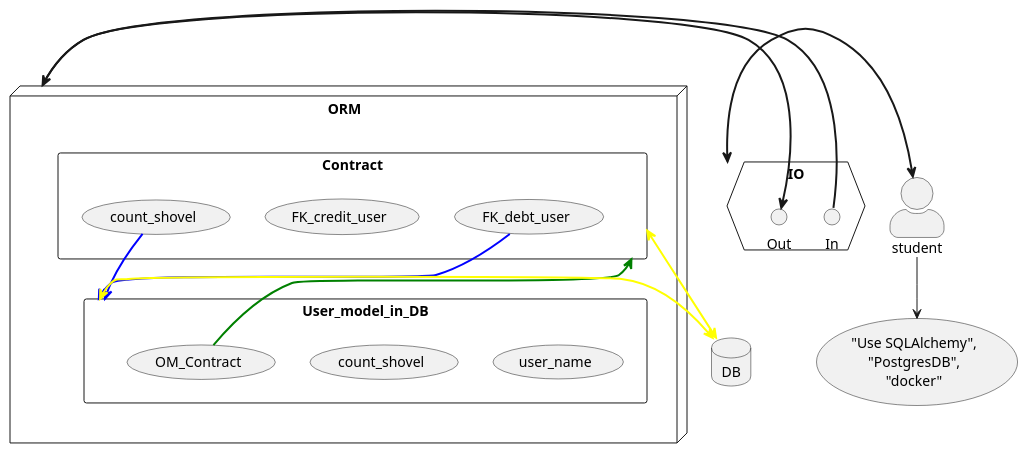
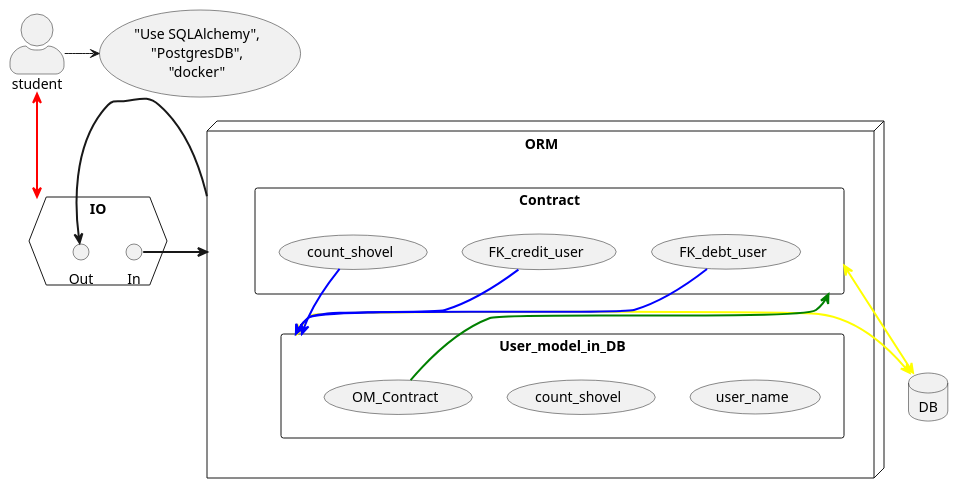
One commit to KonstantinLjapin/samples_and_tests changed the diagram in simpls/plantuml/tsk_d.puml. Above: the diagram before and after it, drawn with PlantUML. The commit also changed 21 other files, not shown here.

```diff
--- a/simpls/plantuml/tsk_d.puml
+++ b/simpls/plantuml/tsk_d.puml
@@ -1,36 +1,40 @@
 @startuml
 skinparam actorStyle awesome
-student --> (Task)
+student -> (Task)
 
 database DB
 
 hexagon IO {
 interface Out
 interface In
 }
 
+
 node ORM {
 rectangle User_model_in_DB  {
   usecase "user_name" as U1
   usecase "count_shovel" as U2
   usecase "OM_Contract" as U3
 }
+Contract <-> DB #line:yellow;line.bold
+User_model_in_DB <-> DB #line:yellow;line.bold
+In => ORM
+Out <= ORM
+student <--> IO #line:red;line.bold
 
 rectangle Contract  {
   usecase "FK_debt_user" as UC1
   usecase "FK_credit_user" as UC2
   usecase "count_shovel" as UC3
 }
 }
 
 ["Use SQLAlchemy",\n"PostgresDB",\n"docker"] as (Task)
 
 U3 --> Contract #line:green;line.bold
 UC1 --> User_model_in_DB #line:blue;line.bold
 UC3 --> User_model_in_DB #line:blue;line.bold
-Contract <-> DB #line:yellow;line.bold
-User_model_in_DB <-> DB #line:yellow;line.bold
-In => ORM
-Out <= ORM
-student <=> IO
+UC2 --> User_model_in_DB #line:blue;line.bold
+
+
 @enduml
```
